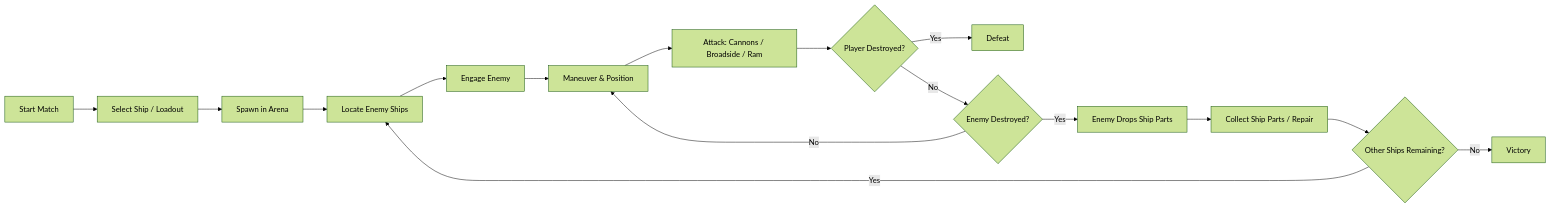
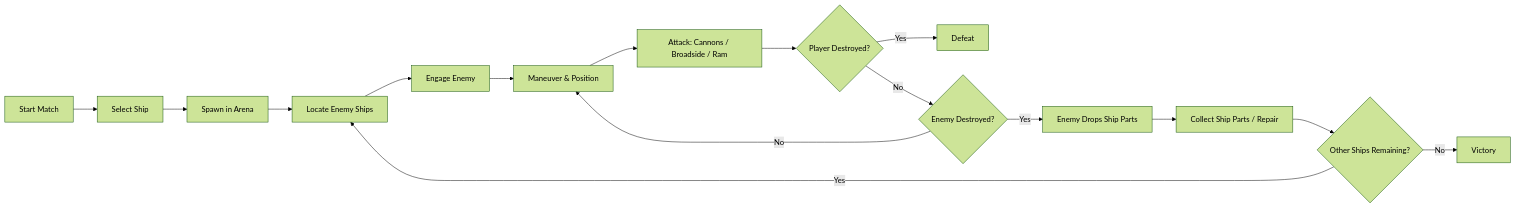
The first of 2 diagrams in Docs/GDD.md (TheRoyTomer/PiratesOfTheMediterranean), drawn with Mermaid (forest theme) before and after one commit. The commit also changed other lines of this file, not shown here.

````diff
--- a/Docs/GDD.md
+++ b/Docs/GDD.md
@@ -21,24 +26,24 @@
 ```mermaid
 flowchart LR
 
-    A[Start Match] --> B[Select Ship / Loadout]
+    A[Start Match] --> B[Select Ship]
     B --> C[Spawn in Arena]
     C --> D[Locate Enemy Ships]
     D --> E[Engage Enemy]
     E --> F[Maneuver & Position]
     F --> G[Attack: Cannons / Broadside / Ram]
 
     G --> H{Player Destroyed?}
 
     H -- Yes --> I[Defeat]
     H -- No --> J{Enemy Destroyed?}
 
     J -- No --> F
     J -- Yes --> K[Enemy Drops Ship Parts]
 
     K --> L[Collect Ship Parts / Repair]
     L --> M{Other Ships Remaining?}
 
     M -- Yes --> D
     M -- No --> N[Victory]
 ```
````
